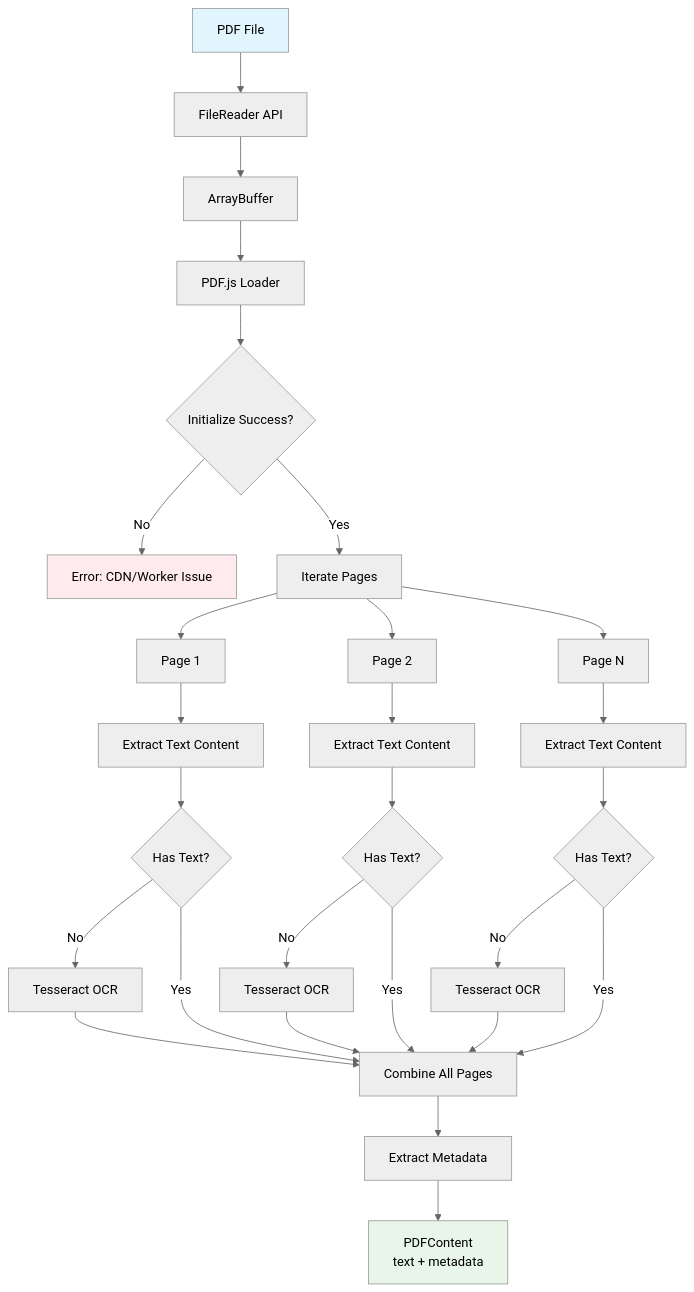
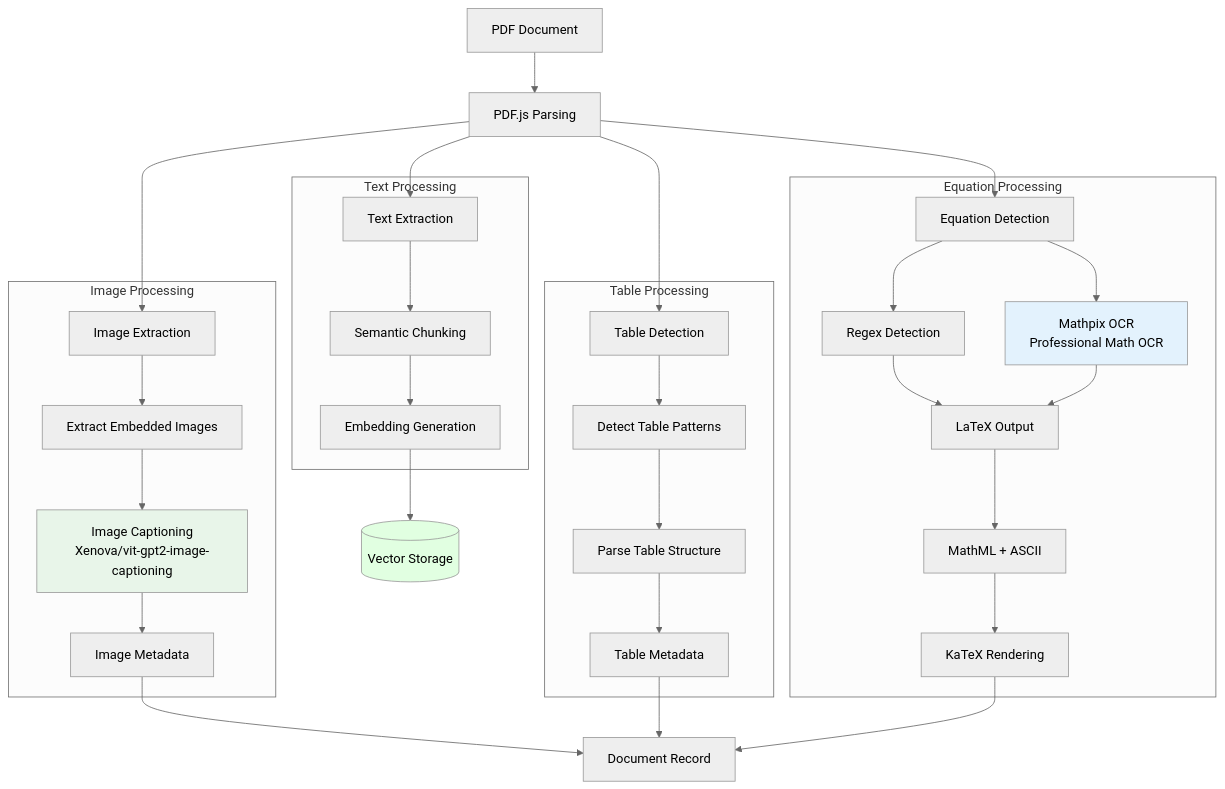
The ninth of 16 diagrams in docs/ARCHITECTURE_FLOWS.md (Kedhareswer/QuantumPDF_ChatApp_VectorDB), drawn with Mermaid (neutral theme) before and after one commit. The commit also changed other lines of this file and 58 other files, not shown here.

````diff
--- a/docs/ARCHITECTURE_FLOWS.md
+++ b/docs/ARCHITECTURE_FLOWS.md
@@ -461,40 +468,44 @@
 ```mermaid
 graph TD
-    START[PDF File] --> READER[FileReader API]
-    READER --> BUFFER[ArrayBuffer]
-    BUFFER --> PDFJS[PDF.js Loader]
-
-    PDFJS --> INIT{Initialize Success?}
-    INIT -->|No| ERROR1[Error: CDN/Worker Issue]
-    INIT -->|Yes| PAGES[Iterate Pages]
-
-    PAGES --> PAGE1[Page 1]
-    PAGES --> PAGE2[Page 2]
-    PAGES --> PAGEN[Page N]
-
-    PAGE1 --> TEXT1[Extract Text Content]
-    PAGE2 --> TEXT2[Extract Text Content]
-    PAGEN --> TEXTN[Extract Text Content]
-
-    TEXT1 --> CHECK1{Has Text?}
-    TEXT2 --> CHECK2{Has Text?}
-    TEXTN --> CHECKN{Has Text?}
-
-    CHECK1 -->|No| OCR1[Tesseract OCR]
-    CHECK2 -->|No| OCR2[Tesseract OCR]
-    CHECKN -->|No| OCRN[Tesseract OCR]
-
-    CHECK1 -->|Yes| COMBINE[Combine All Pages]
-    CHECK2 -->|Yes| COMBINE
-    CHECKN -->|Yes| COMBINE
-    OCR1 --> COMBINE
-    OCR2 --> COMBINE
-    OCRN --> COMBINE
-
-    COMBINE --> META[Extract Metadata]
-    META --> OUTPUT[PDFContent<br/>text + metadata]
-
-    style START fill:#e1f5ff
-    style OUTPUT fill:#e8f5e9
-    style ERROR1 fill:#ffebee
+    START[PDF Document] --> PARSE[PDF.js Parsing]
+    
+    PARSE --> TEXT[Text Extraction]
+    PARSE --> IMG[Image Extraction]
+    PARSE --> TBL[Table Detection]
+    PARSE --> EQ[Equation Detection]
+    
+    subgraph "Text Processing"
+        TEXT --> CHUNK[Semantic Chunking]
+        CHUNK --> EMB[Embedding Generation]
+    end
+    
+    subgraph "Image Processing"
+        IMG --> EXTRACT_IMG[Extract Embedded Images]
+        EXTRACT_IMG --> CAPTION[Image Captioning<br/>Xenova/vit-gpt2-image-captioning]
+        CAPTION --> IMG_META[Image Metadata]
+    end
+    
+    subgraph "Table Processing"
+        TBL --> DETECT_TBL[Detect Table Patterns]
+        DETECT_TBL --> PARSE_TBL[Parse Table Structure]
+        PARSE_TBL --> TBL_META[Table Metadata]
+    end
+    
+    subgraph "Equation Processing"
+        EQ --> REGEX[Regex Detection]
+        EQ --> MATHPIX[Mathpix OCR<br/>Professional Math OCR]
+        REGEX --> LATEX[LaTeX Output]
+        MATHPIX --> LATEX
+        LATEX --> MATHML[MathML + ASCII]
+        MATHML --> RENDER[KaTeX Rendering]
+    end
+    
+    EMB --> VDB[(Vector Storage)]
+    IMG_META --> DOC[Document Record]
+    TBL_META --> DOC
+    RENDER --> DOC
+    
+    style CAPTION fill:#e8f5e9
+    style MATHPIX fill:#e3f2fd
+    style VDB fill:#e1ffe1
 ```
````
